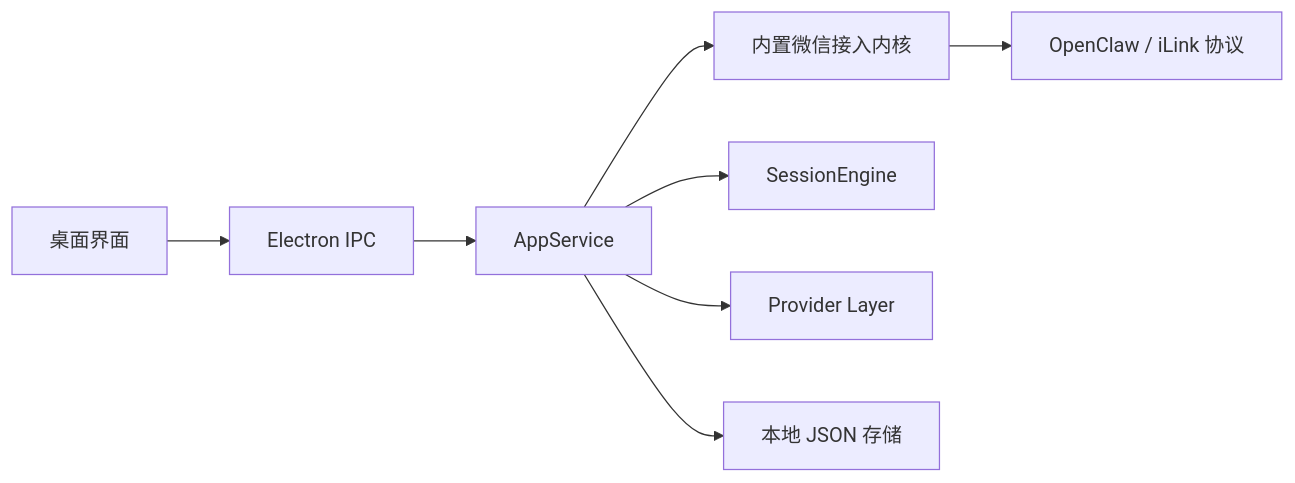
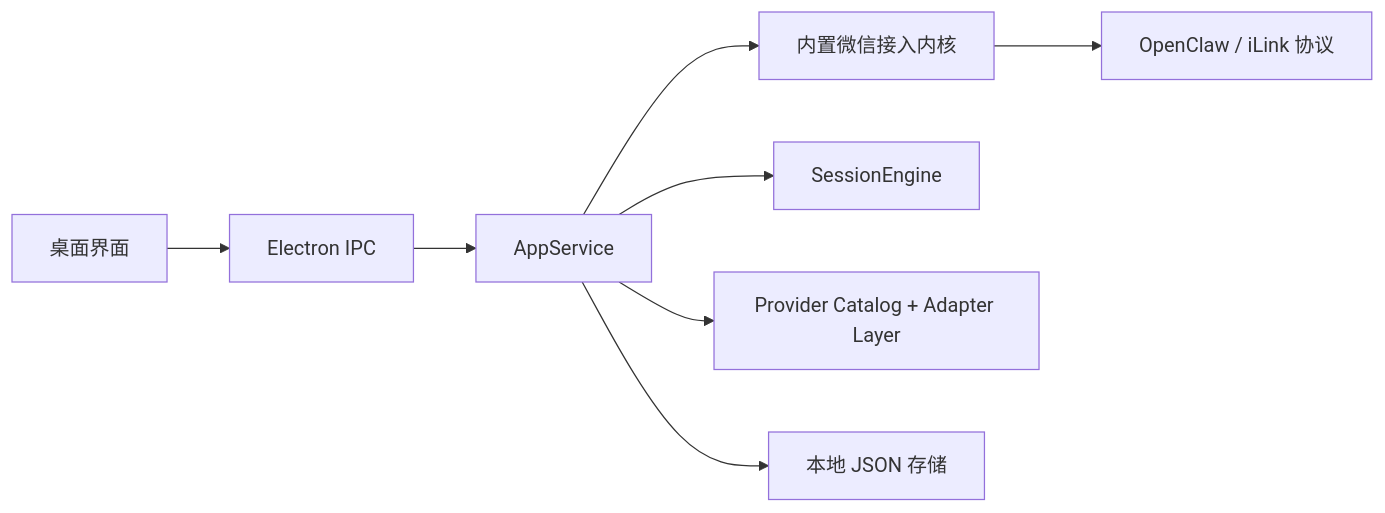
The diagram in docs/ARCHITECTURE.md (Shuo-O/wechat-agent-desktop), drawn with Mermaid before and after one commit. The commit also changed other lines of this file and 18 other files, not shown here.

````diff
--- a/docs/ARCHITECTURE.md
+++ b/docs/ARCHITECTURE.md
@@ -12,10 +13,10 @@
 ```mermaid
 flowchart LR
     UI["桌面界面"] --> IPC["Electron IPC"]
     IPC --> App["AppService"]
     App --> WeChat["内置微信接入内核"]
     App --> Session["SessionEngine"]
-    App --> Provider["Provider Layer"]
+    App --> Provider["Provider Catalog + Adapter Layer"]
     App --> Store["本地 JSON 存储"]
     WeChat --> OpenClaw["OpenClaw / iLink 协议"]
 ```
````
